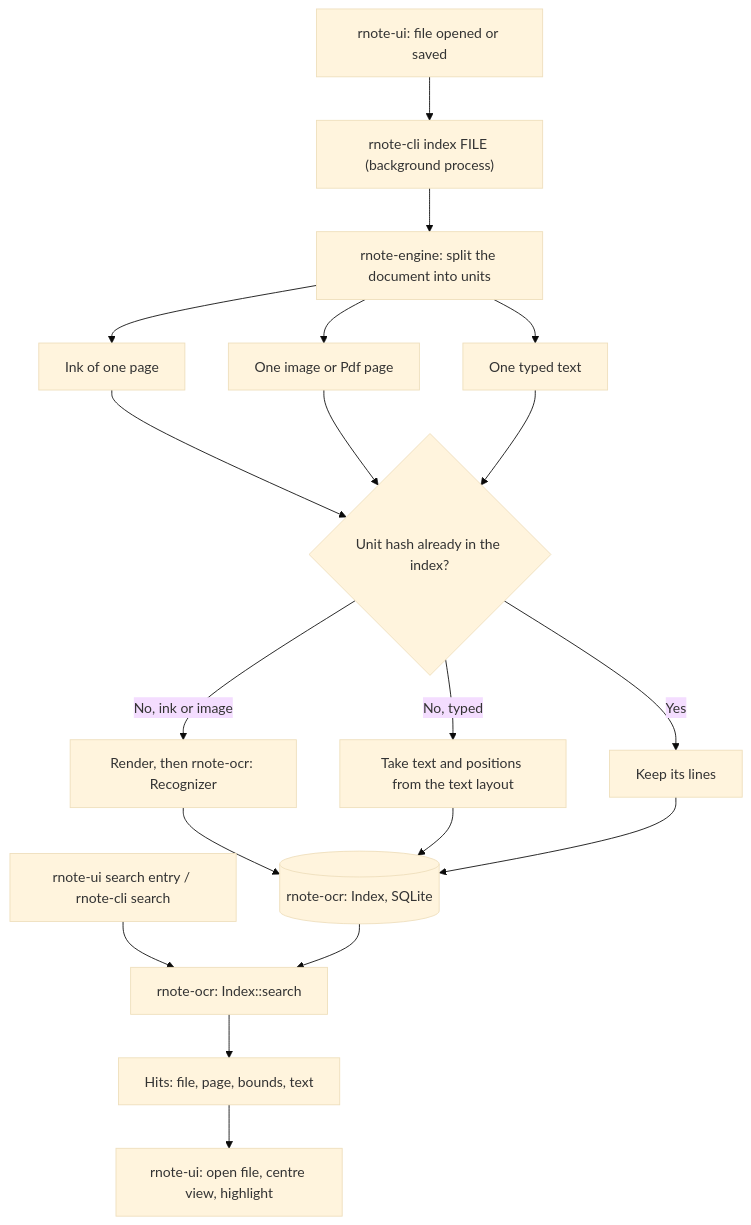
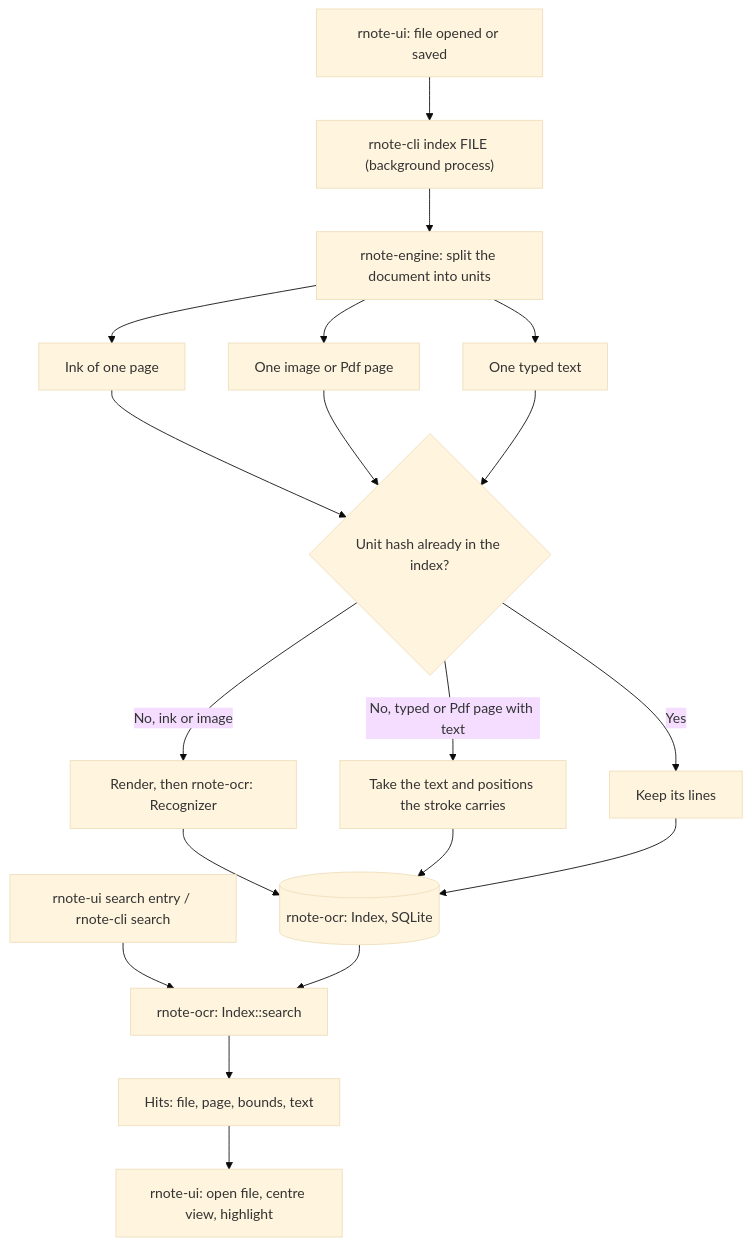
Before and after one commit to ashirviskas/rnote: the diagram in crates/rnote-ocr/README.md, drawn with Mermaid (base theme). The commit also changed other lines of this file and 14 other files, not shown here.

First line of the commit message:
feat(engine): keep the text of imported PDF pages

````diff
--- a/crates/rnote-ocr/README.md
+++ b/crates/rnote-ocr/README.md
@@ -8,21 +8,21 @@
 ```mermaid
 graph TD
     A[rnote-ui: file opened or saved] --> B["rnote-cli index FILE (background process)"]
     B --> C[rnote-engine: split the document into units]
     C --> D1[Ink of one page]
     C --> D2[One image or Pdf page]
     C --> D3[One typed text]
     D1 --> E{Unit hash already in the index?}
     D2 --> E
     D3 --> E
     E -->|Yes| K[Keep its lines]
     E -->|No, ink or image| F[Render, then rnote-ocr: Recognizer]
-    E -->|No, typed| G[Take text and positions from the text layout]
+    E -->|No, typed or Pdf page with text| G[Take the text and positions the stroke carries]
     F --> H[(rnote-ocr: Index, SQLite)]
     G --> H
     K --> H
     I[rnote-ui search entry / rnote-cli search] --> J[rnote-ocr: Index::search]
     H --> J
     J --> L[Hits: file, page, bounds, text]
     L --> M[rnote-ui: open file, centre view, highlight]
 ```
````
